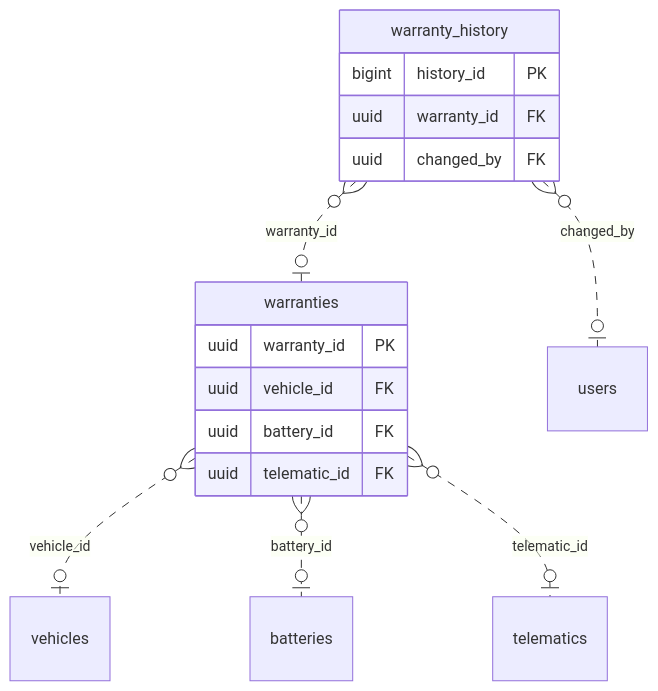
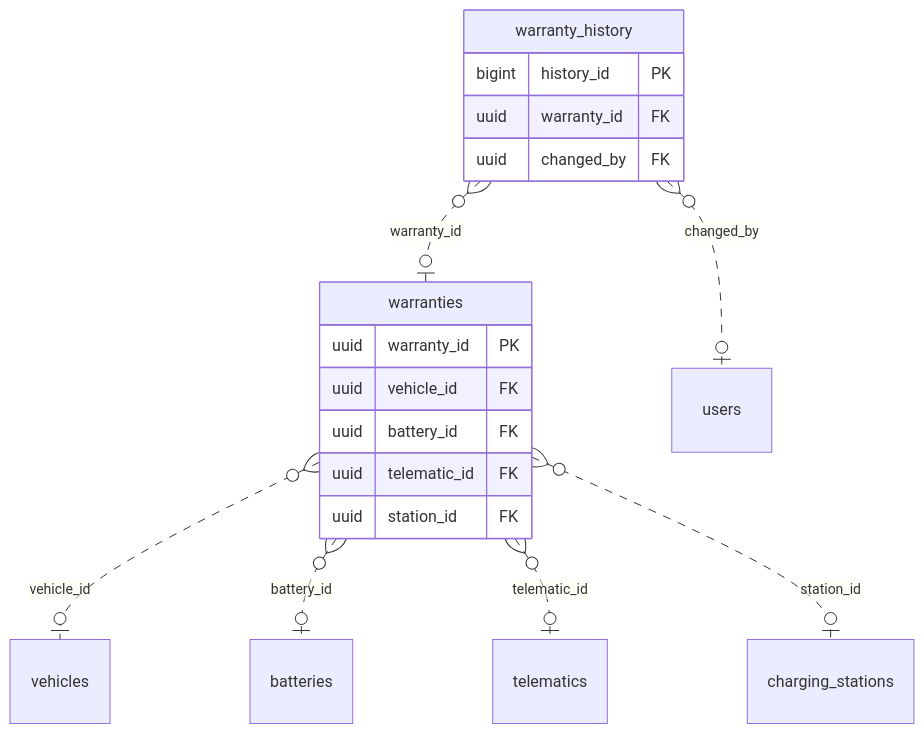
Before and after one commit to yolo-coccoc/G3Network-app: the diagram in docs/design/domain-model/domains/warranties.md, drawn with Mermaid. The commit also changed other lines of this file and 15 other files, not shown here.

````diff
--- a/docs/design/domain-model/domains/warranties.md
+++ b/docs/design/domain-model/domains/warranties.md
@@ -17,19 +17,21 @@
 ```mermaid
 erDiagram
   warranties {
     uuid warranty_id PK
     uuid vehicle_id FK
     uuid battery_id FK
     uuid telematic_id FK
+    uuid station_id FK
   }
   warranty_history {
     bigint history_id PK
     uuid warranty_id FK
     uuid changed_by FK
   }
   warranties }o..o| vehicles : "vehicle_id"
   warranties }o..o| batteries : "battery_id"
   warranties }o..o| telematics : "telematic_id"
+  warranties }o..o| charging_stations : "station_id"
   warranty_history }o..o| warranties : "warranty_id"
   warranty_history }o..o| users : "changed_by"
 ```
````
